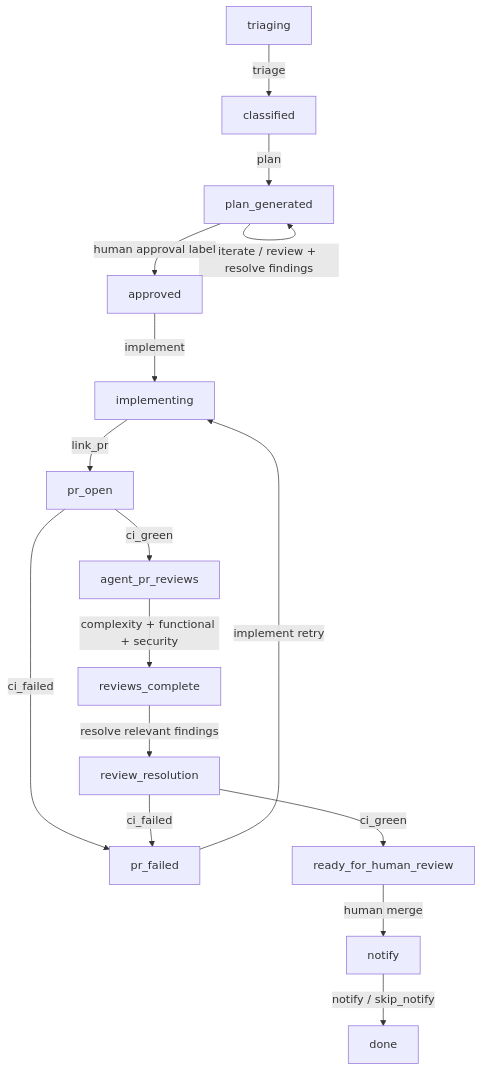
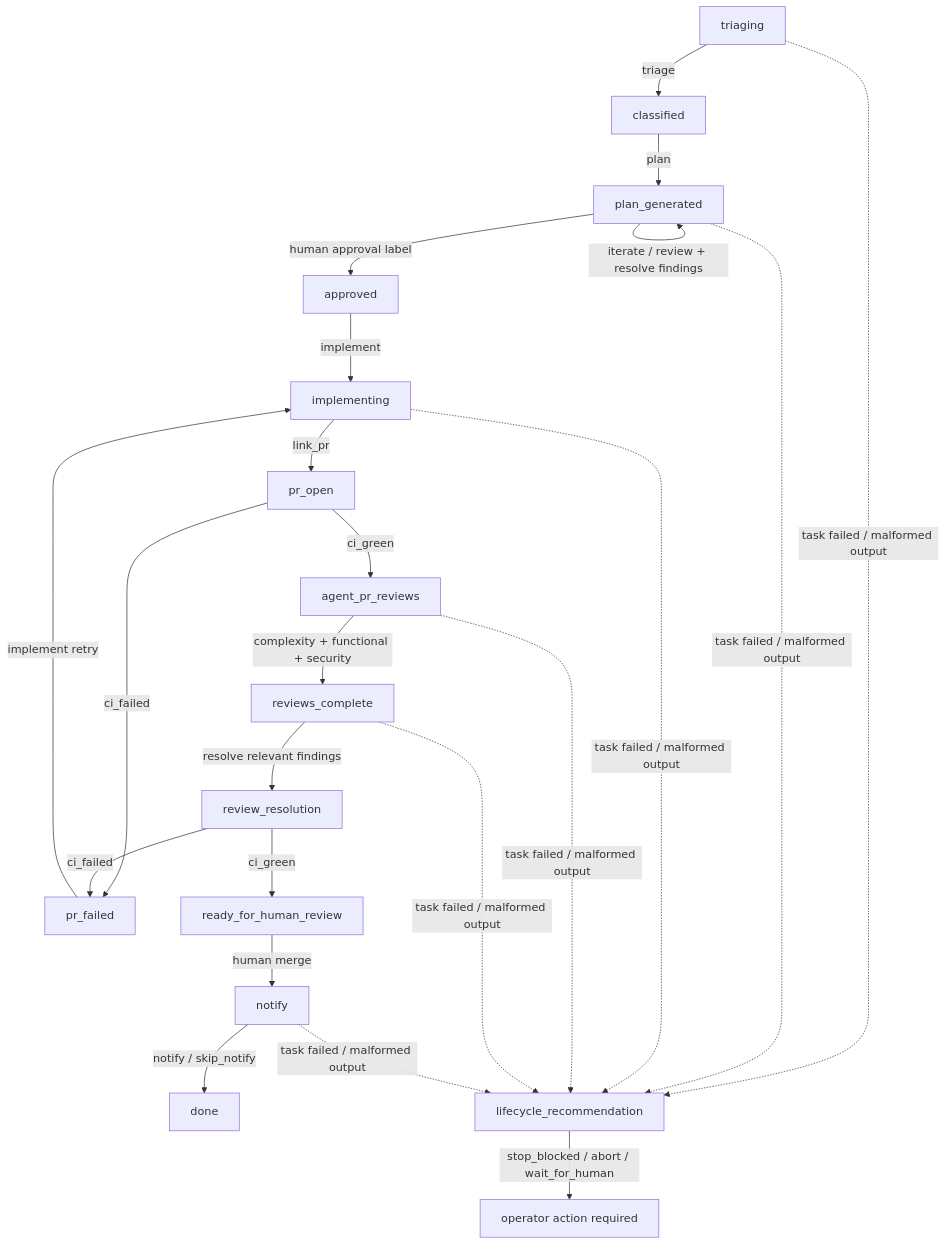
Before and after one commit to getlarge/themoltnet: the diagram in apps/issue-lifecycle/README.md, drawn with Mermaid.

Commit message:
docs(issue-lifecycle): show supervisor recommendation branch
MoltNet-Diary: 6dd41f17-5417-4af3-9677-7bafb0921031

````diff
--- a/apps/issue-lifecycle/README.md
+++ b/apps/issue-lifecycle/README.md
@@ -6,18 +6,25 @@
 ```mermaid
 flowchart TD
   A[triaging] -->|triage| B[classified]
   B -->|plan| C[plan_generated]
   C -->|iterate / review + resolve findings| C
   C -->|human approval label| D[approved]
   D -->|implement| E[implementing]
   E -->|link_pr| F[pr_open]
   F -->|ci_failed| G[pr_failed]
   G -->|implement retry| E
   F -->|ci_green| H[agent_pr_reviews]
   H -->|complexity + functional + security| I[reviews_complete]
   I -->|resolve relevant findings| K[review_resolution]
   K -->|ci_failed| G
   K -->|ci_green| L[ready_for_human_review]
   L -->|human merge| M[notify]
   M -->|notify / skip_notify| J[done]
+  A -.->|task failed / malformed output| R[lifecycle_recommendation]
+  C -.->|task failed / malformed output| R
+  E -.->|task failed / malformed output| R
+  H -.->|task failed / malformed output| R
+  I -.->|task failed / malformed output| R
+  M -.->|task failed / malformed output| R
+  R -->|stop_blocked / abort / wait_for_human| S[operator action required]
 ```
````
